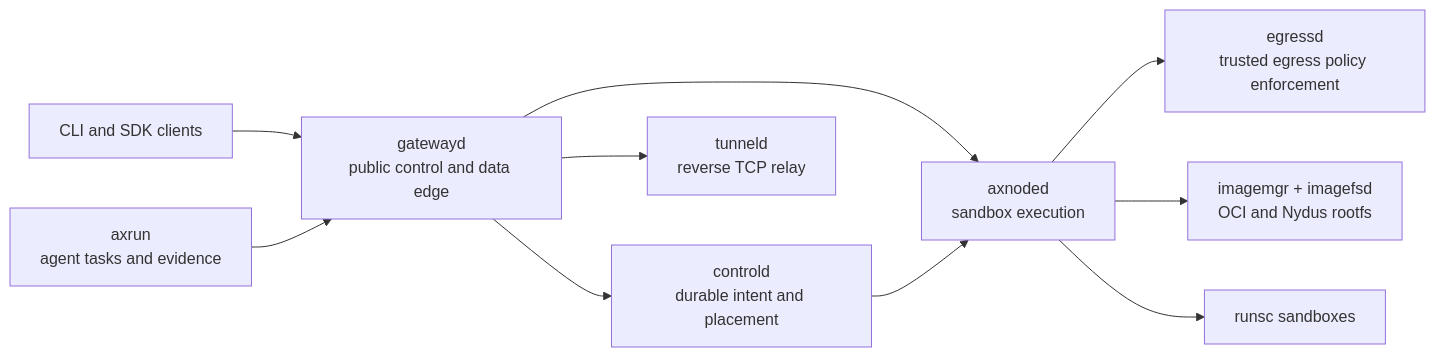
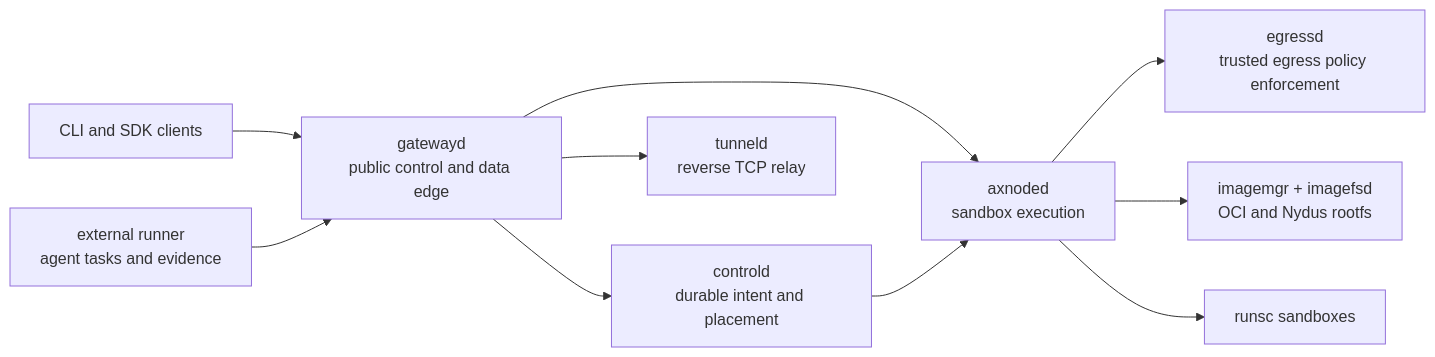
One commit to cofy-x/axern changed the diagram in README.md. Above: the diagram before and after it, drawn with Mermaid. The commit also changed other lines of this file and 413 other files, not shown here.

First line of the commit message:
feat(sdk)!: stabilize external runner contract

````diff
--- a/README.md
+++ b/README.md
@@ -85,12 +84,12 @@
 ```mermaid
 flowchart LR
     Client["CLI and SDK clients"] --> Gateway["gatewayd\npublic control and data edge"]
     Gateway --> Control["controld\ndurable intent and placement"]
     Gateway --> Tunnel["tunneld\nreverse TCP relay"]
     Gateway --> Node["axnoded\nsandbox execution"]
     Control --> Node
     Node --> Egress["egressd\ntrusted egress policy enforcement"]
     Node --> Image["imagemgr + imagefsd\nOCI and Nydus rootfs"]
     Node --> Runtime["runsc sandboxes"]
-    Axrun["axrun\nagent tasks and evidence"] --> Gateway
+    Runner["external runner\nagent tasks and evidence"] --> Gateway
 ```
````
